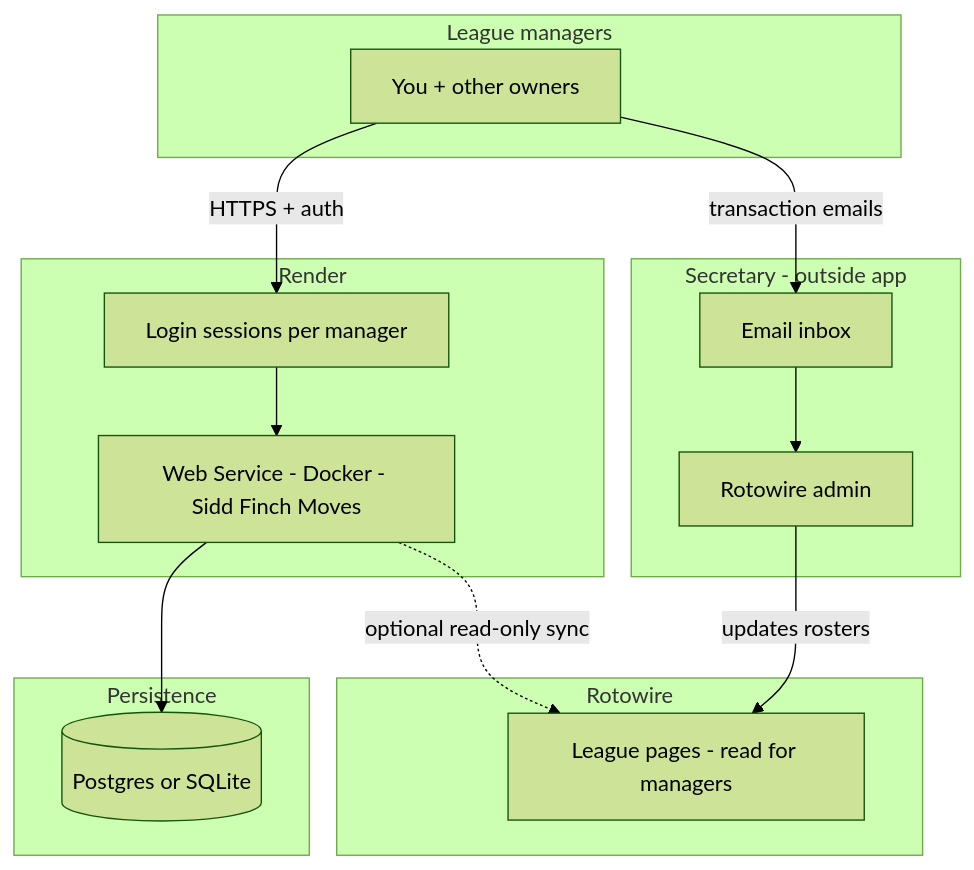
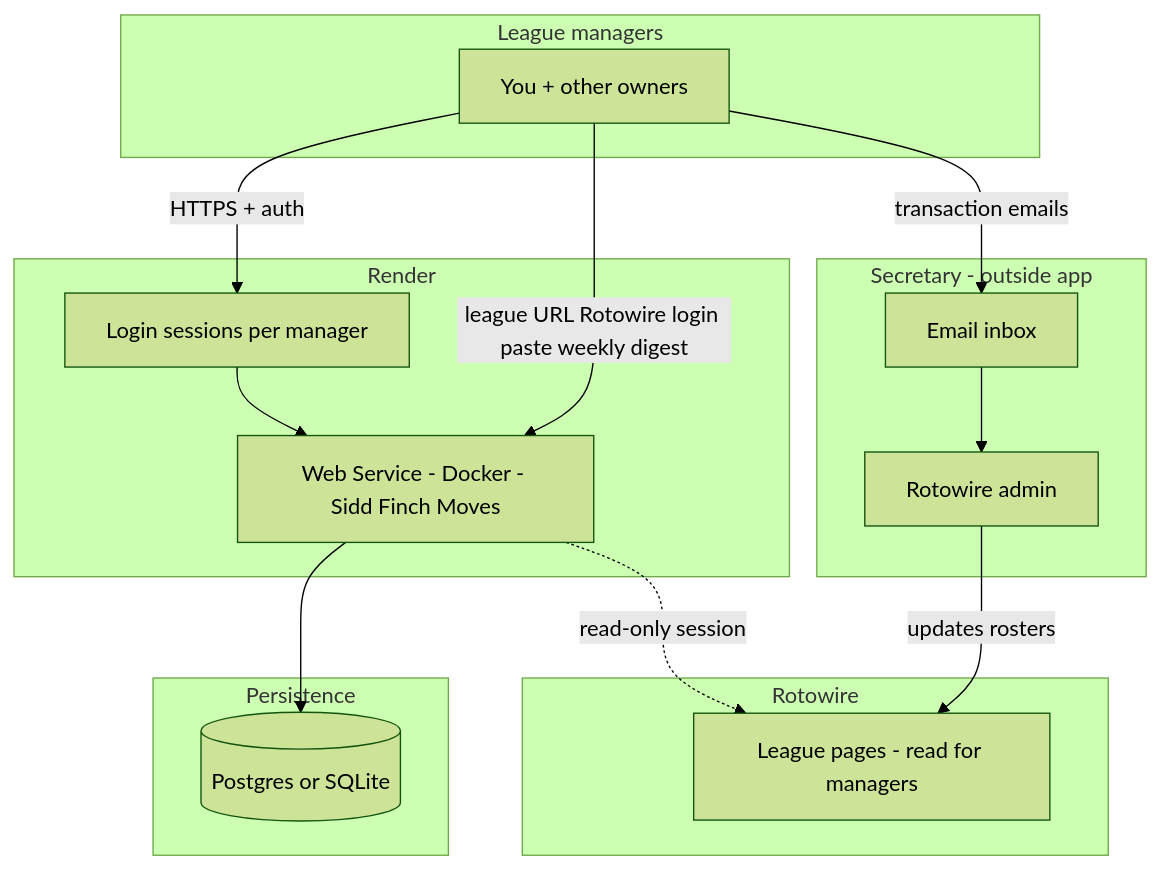
Before and after one commit to sergehb-git/siddfinch: the second of 4 diagrams in plans/sidd-finch-moves.md, drawn with Mermaid (forest theme). The commit also changed other lines of this file, not shown here.

````diff
--- a/plans/sidd-finch-moves.md
+++ b/plans/sidd-finch-moves.md
@@ -146,32 +161,33 @@
 ```mermaid
 flowchart TB
   subgraph managers [League managers]
     M1[You + other owners]
   end
 
   subgraph render [Render]
     W[Web Service - Docker - Sidd Finch Moves]
     A[Login sessions per manager]
   end
 
   subgraph data [Persistence]
     DB[(Postgres or SQLite)]
   end
 
   subgraph secretary [Secretary - outside app]
     SEC[Email inbox]
     RWwork[Rotowire admin]
   end
 
   subgraph rotowire [Rotowire]
     RW[League pages - read for managers]
   end
 
   M1 -->|HTTPS + auth| A
   A --> W
   W --> DB
-  W -.->|optional read-only sync| RW
+  W -.->|read-only session| RW
+  M1 -->|league URL Rotowire login paste weekly digest| W
   M1 -->|transaction emails| SEC
   SEC --> RWwork
   RWwork -->|updates rosters| RW
 ```
````
